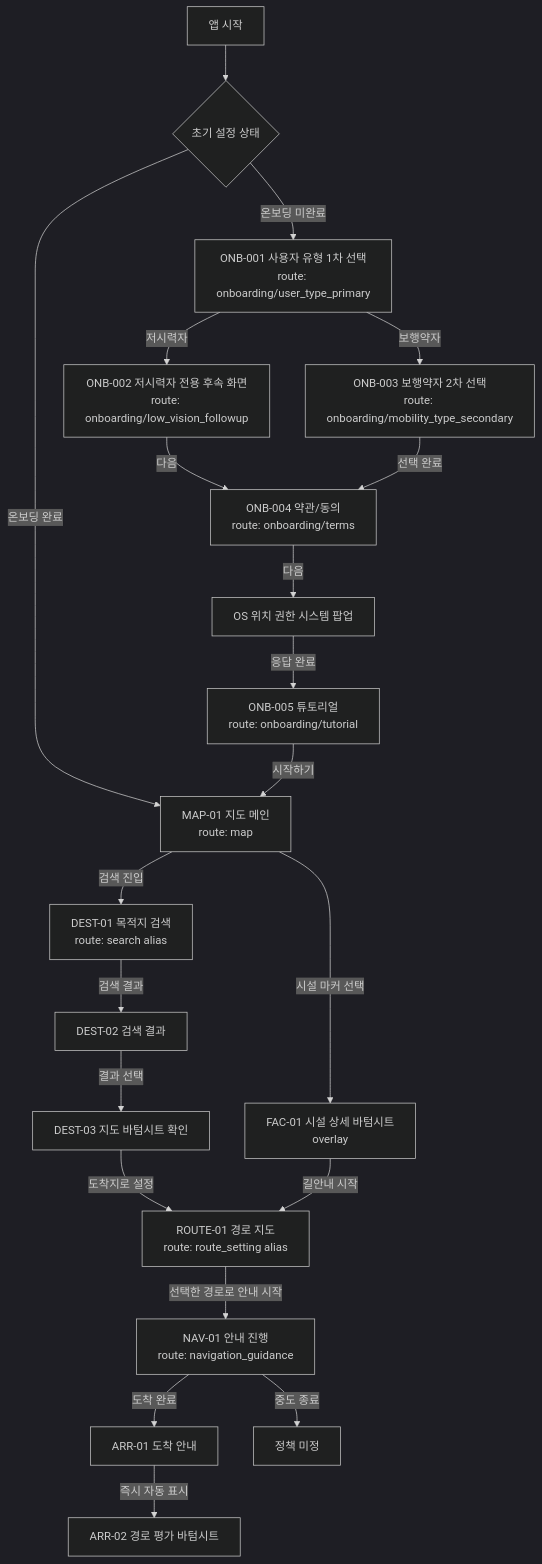
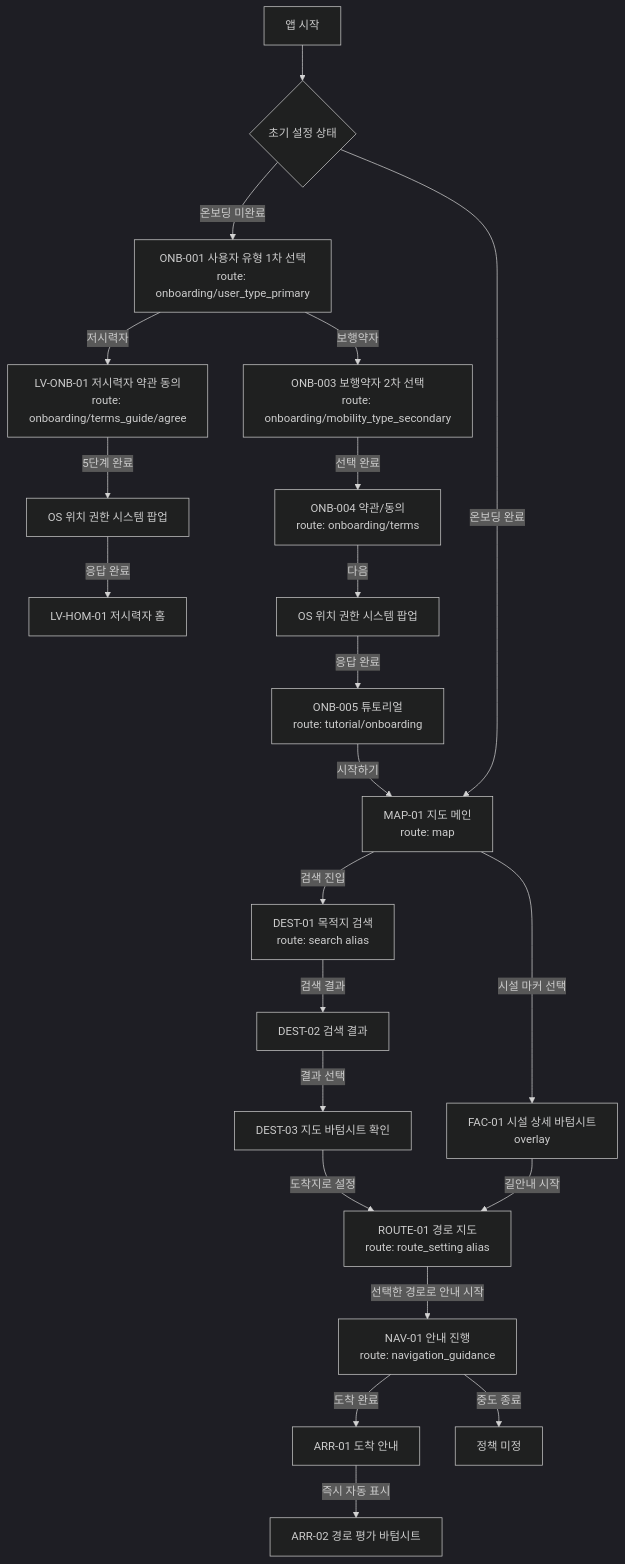
Before and after one commit to busaneumgil/busaneumgil: the first of 5 diagrams in FE/docs/2026-04-22_부산이음길_FE_화면_인벤토리_및_라우트_맵.md, drawn with Mermaid (dark theme). The commit also changed other lines of this file and 2 other files, not shown here.

````diff
--- a/FE/docs/2026-04-22_부산이음길_FE_화면_인벤토리_및_라우트_맵.md
+++ b/FE/docs/2026-04-22_부산이음길_FE_화면_인벤토리_및_라우트_맵.md
@@ -512,25 +545,26 @@
 ```mermaid
 flowchart TD
     A["앱 시작"] --> B{"초기 설정 상태"}
     B -->|온보딩 미완료| C["ONB-001 사용자 유형 1차 선택<br/>route: onboarding/user_type_primary"]
     B -->|온보딩 완료| F["MAP-01 지도 메인<br/>route: map"]
 
-    C -->|저시력자| D["ONB-002 저시력자 전용 후속 화면<br/>route: onboarding/low_vision_followup"]
+    C -->|저시력자| D["LV-ONB-01 저시력자 약관 동의<br/>route: onboarding/terms_guide/agree"]
     C -->|보행약자| E["ONB-003 보행약자 2차 선택<br/>route: onboarding/mobility_type_secondary"]
-    D -->|다음| G0["ONB-004 약관/동의<br/>route: onboarding/terms"]
-    E -->|선택 완료| G0
+    D -->|5단계 완료| H1["OS 위치 권한 시스템 팝업"]
+    H1 -->|응답 완료| J1["LV-HOM-01 저시력자 홈"]
+    E -->|선택 완료| G0["ONB-004 약관/동의<br/>route: onboarding/terms"]
     G0 -->|다음| H0["OS 위치 권한 시스템 팝업"]
-    H0 -->|응답 완료| I0["ONB-005 튜토리얼<br/>route: onboarding/tutorial"]
+    H0 -->|응답 완료| I0["ONB-005 튜토리얼<br/>route: tutorial/onboarding"]
     I0 -->|시작하기| F
 
     F -->|검색 진입| G["DEST-01 목적지 검색<br/>route: search alias"]
     F -->|시설 마커 선택| H["FAC-01 시설 상세 바텀시트<br/>overlay"]
     G -->|검색 결과| G2["DEST-02 검색 결과"]
     G2 -->|결과 선택| G3["DEST-03 지도 바텀시트 확인"]
     G3 -->|도착지로 설정| I["ROUTE-01 경로 지도<br/>route: route_setting alias"]
     H -->|길안내 시작| I
     I -->|선택한 경로로 안내 시작| J["NAV-01 안내 진행<br/>route: navigation_guidance"]
     J -->|도착 완료| K["ARR-01 도착 안내"]
     K -->|즉시 자동 표시| L["ARR-02 경로 평가 바텀시트"]
     J -->|중도 종료| M["정책 미정"]
 ```
````
